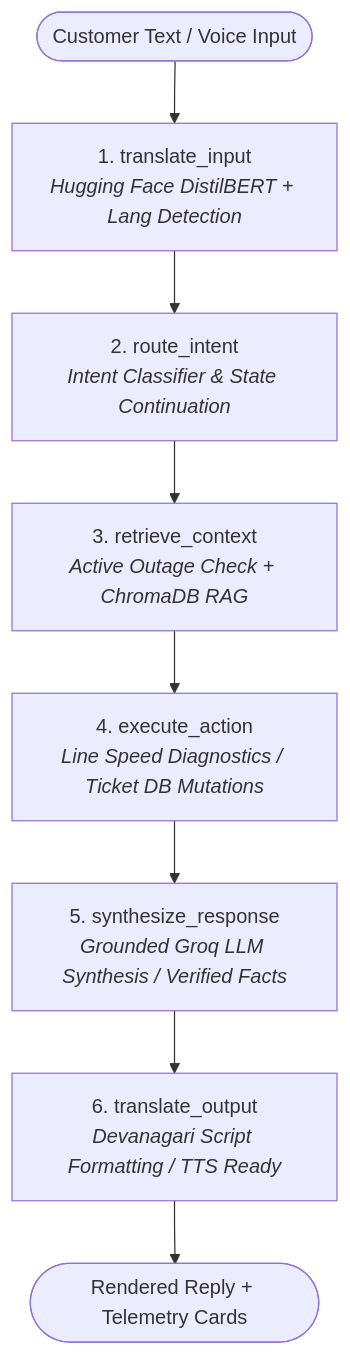
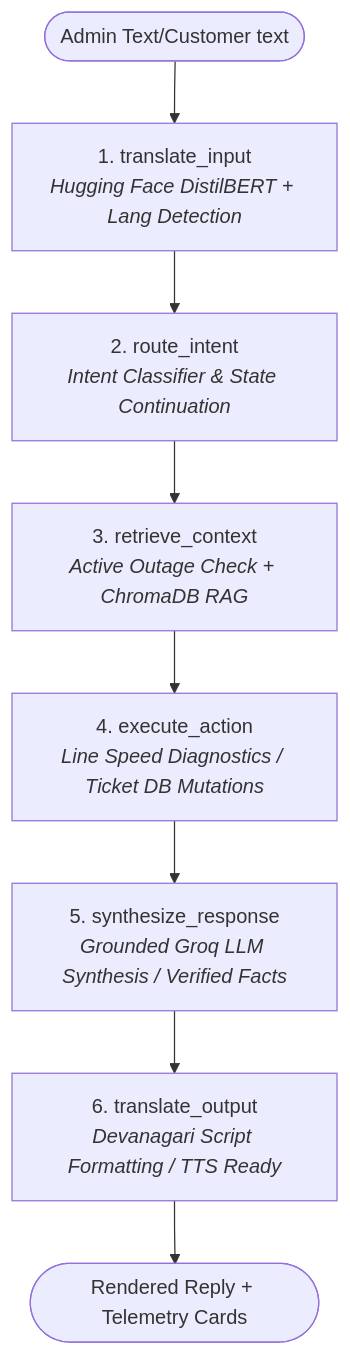
One commit to AbhishekYadav410/TelConnect_NEW changed the second of 3 diagrams in README.md. Above: the diagram before and after it, drawn with Mermaid. The commit also changed other lines of this file, not shown here.

Commit message:
Update agent title from Customer to Admin/Customer

````diff
--- a/README.md
+++ b/README.md
@@ -112,10 +112,10 @@
 ```mermaid
 flowchart TD
-    Start([Customer Text / Voice Input]) --> N1[1. translate_input<br/><i>Hugging Face DistilBERT + Lang Detection</i>]
+    Start([Admin Text/Customer text ]) --> N1[1. translate_input<br/><i>Hugging Face DistilBERT + Lang Detection</i>]
     N1 --> N2[2. route_intent<br/><i>Intent Classifier & State Continuation</i>]
     N2 --> N3[3. retrieve_context<br/><i>Active Outage Check + ChromaDB RAG</i>]
     N3 --> N4[4. execute_action<br/><i>Line Speed Diagnostics / Ticket DB Mutations</i>]
     N4 --> N5[5. synthesize_response<br/><i>Grounded Groq LLM Synthesis / Verified Facts</i>]
     N5 --> N6[6. translate_output<br/><i>Devanagari Script Formatting / TTS Ready</i>]
     N6 --> EndNode([Rendered Reply + Telemetry Cards])
 ```
````
